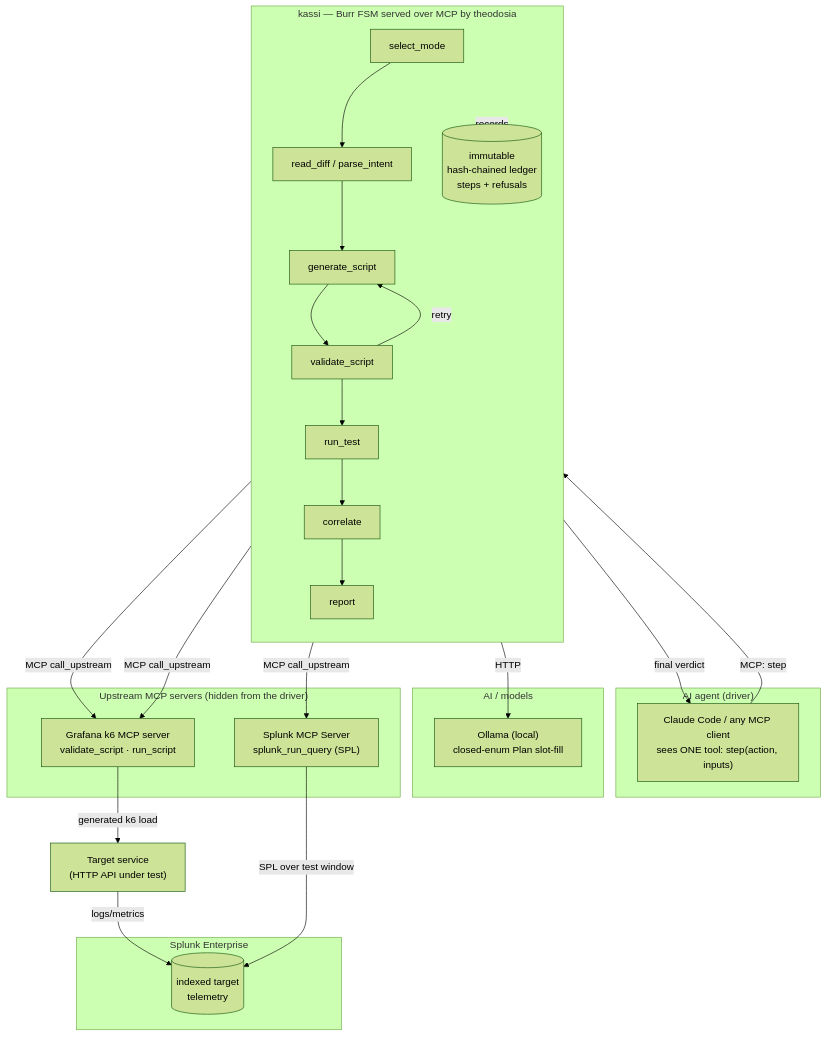
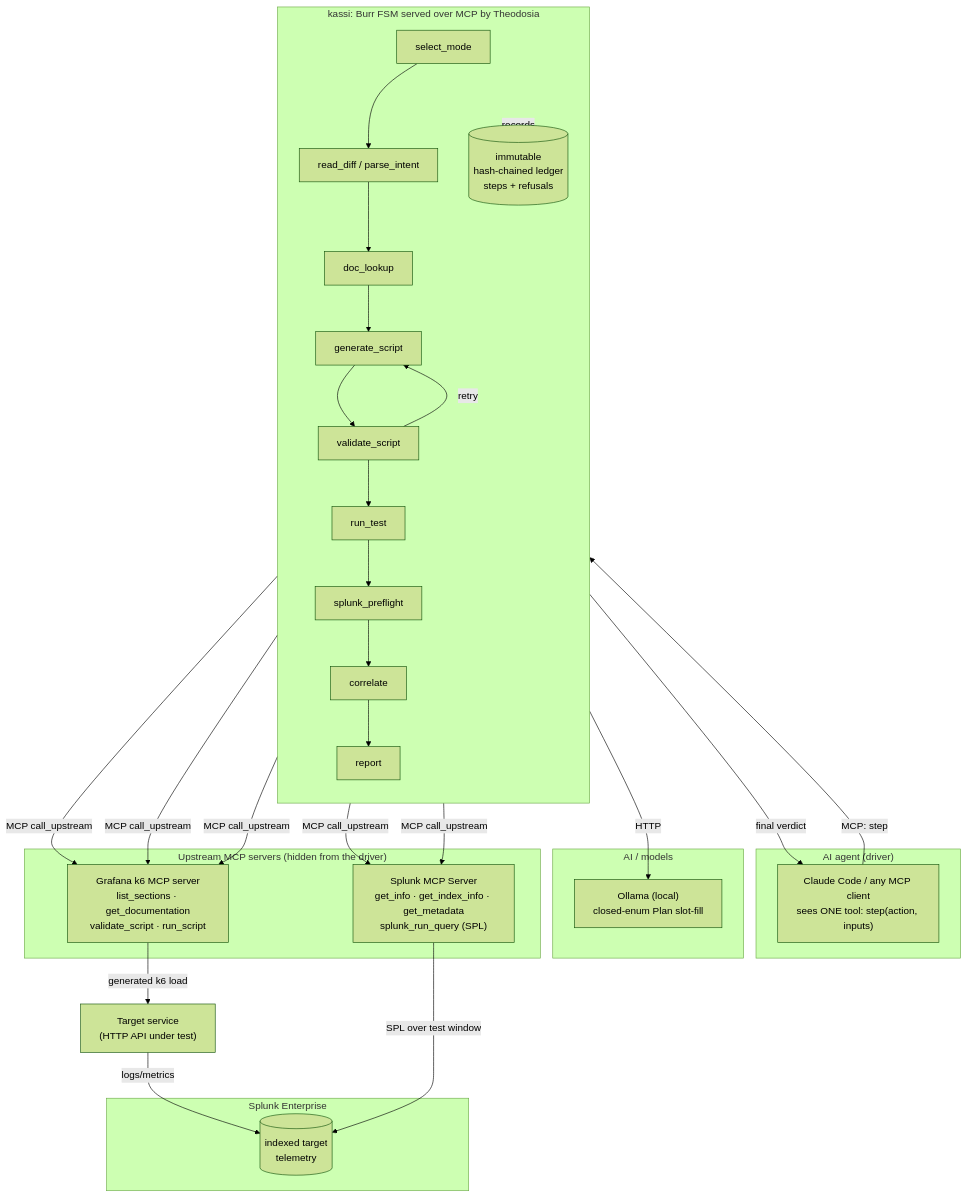
Before and after one commit to msradam/kassi: the diagram in architecture_diagram.md, drawn with Mermaid (forest theme). The commit also changed other lines of this file and 15 other files, not shown here.

````diff
--- a/architecture_diagram.md
+++ b/architecture_diagram.md
@@ -9,44 +9,48 @@
 ```mermaid
 flowchart TB
     subgraph Driver["AI agent (driver)"]
         A["Claude Code / any MCP client<br/>sees ONE tool: step(action, inputs)"]
     end
 
-    subgraph Kassi["kassi — Burr FSM served over MCP by theodosia"]
+    subgraph Kassi["kassi: Burr FSM served over MCP by Theodosia"]
         direction TB
         SM["select_mode"] --> RD["read_diff / parse_intent"]
-        RD --> GS["generate_script"]
+        RD --> DL["doc_lookup"]
+        DL --> GS["generate_script"]
         GS --> VS["validate_script"]
         VS -->|retry| GS
         VS --> RT["run_test"]
-        RT --> CO["correlate"]
+        RT --> PF["splunk_preflight"]
+        PF --> CO["correlate"]
         CO --> RP["report"]
         LEDGER[("immutable<br/>hash-chained ledger<br/>steps + refusals")]
     end
 
     subgraph AI["AI / models"]
         OLLAMA["Ollama (local)<br/>closed-enum Plan slot-fill"]
     end
 
     subgraph Upstreams["Upstream MCP servers (hidden from the driver)"]
-        K6["Grafana k6 MCP server<br/>validate_script · run_script"]
-        SPL["Splunk MCP Server<br/>splunk_run_query (SPL)"]
+        K6["Grafana k6 MCP server<br/>list_sections · get_documentation<br/>validate_script · run_script"]
+        SPL["Splunk MCP Server<br/>get_info · get_index_info · get_metadata<br/>splunk_run_query (SPL)"]
     end
 
     subgraph Splunk["Splunk Enterprise"]
         IDX[("indexed target<br/>telemetry")]
     end
 
     TARGET["Target service<br/>(HTTP API under test)"]
 
     A -->|MCP: step| SM
     Kassi -.records.-> LEDGER
+    DL -->|MCP call_upstream| K6
     GS -->|HTTP| OLLAMA
     VS -->|MCP call_upstream| K6
     RT -->|MCP call_upstream| K6
     K6 -->|generated k6 load| TARGET
     TARGET -->|logs/metrics| IDX
+    PF -->|MCP call_upstream| SPL
     CO -->|MCP call_upstream| SPL
     SPL -->|SPL over test window| IDX
     RP -->|final verdict| A
 ```
````
